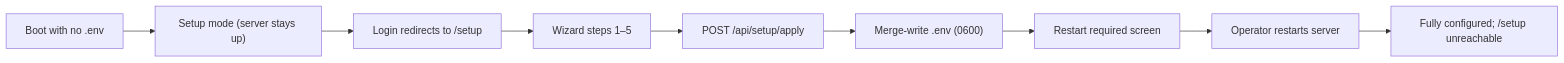
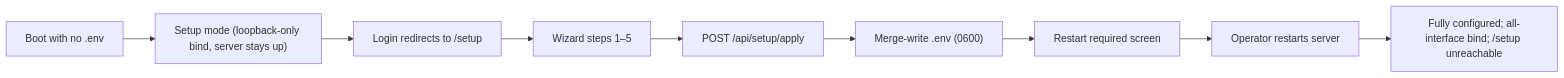
Before and after one commit to rct3232/webdav-easyaccess: the diagram in docs/features/setup-wizard.md, drawn with Mermaid. The commit also changed other lines of this file and 28 other files, not shown here.

````diff
--- a/docs/features/setup-wizard.md
+++ b/docs/features/setup-wizard.md
@@ -42,11 +48,11 @@
 ```mermaid
 flowchart LR
-    A["Boot with no .env"] --> B["Setup mode (server stays up)"]
+    A["Boot with no .env"] --> B["Setup mode (loopback-only bind, server stays up)"]
     B --> C["Login redirects to /setup"]
     C --> D["Wizard steps 1–5"]
     D --> E["POST /api/setup/apply"]
     E --> F["Merge-write .env (0600)"]
     F --> G["Restart required screen"]
     G --> H["Operator restarts server"]
-    H --> I["Fully configured; /setup unreachable"]
+    H --> I["Fully configured; all-interface bind; /setup unreachable"]
 ```
````
